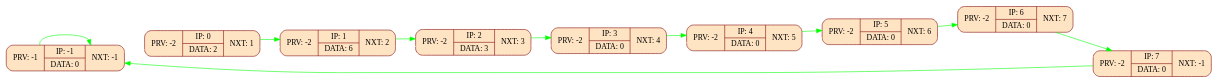
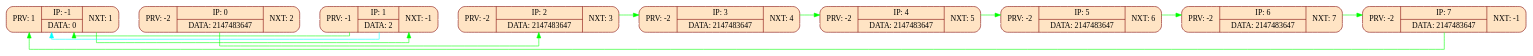
The diagram in log.dot (IBIBENDUM/List), drawn with Graphviz before and after one commit. The commit also changed 13 other files, not shown here.

```diff
--- a/log.dot
+++ b/log.dot
@@ -1,24 +1,25 @@
 digraph G{
 rankdir = LR;
-bgcolor = "#FFFFFF";
--1 [shape = Mrecord, style = filled, fillcolor = "#FFE4C4", color = "#800000", label = "{PRV: -1|{IP: -1|DATA: 0} |NXT: -1}"];
-0 [shape = Mrecord, style = filled, fillcolor = "#FFE4C4", color = "#800000", label = "{PRV: -2|{IP: 0|DATA: 2} |NXT: 1}"];
-1 [shape = Mrecord, style = filled, fillcolor = "#FFE4C4", color = "#800000", label = "{PRV: -2|{IP: 1|DATA: 6} |NXT: 2}"];
-2 [shape = Mrecord, style = filled, fillcolor = "#FFE4C4", color = "#800000", label = "{PRV: -2|{IP: 2|DATA: 3} |NXT: 3}"];
-3 [shape = Mrecord, style = filled, fillcolor = "#FFE4C4", color = "#800000", label = "{PRV: -2|{IP: 3|DATA: 0} |NXT: 4}"];
-4 [shape = Mrecord, style = filled, fillcolor = "#FFE4C4", color = "#800000", label = "{PRV: -2|{IP: 4|DATA: 0} |NXT: 5}"];
-5 [shape = Mrecord, style = filled, fillcolor = "#FFE4C4", color = "#800000", label = "{PRV: -2|{IP: 5|DATA: 0} |NXT: 6}"];
-6 [shape = Mrecord, style = filled, fillcolor = "#FFE4C4", color = "#800000", label = "{PRV: -2|{IP: 6|DATA: 0} |NXT: 7}"];
-7 [shape = Mrecord, style = filled, fillcolor = "#FFE4C4", color = "#800000", label = "{PRV: -2|{IP: 7|DATA: 0} |NXT: -1}"];
--1 -> 0 -> 1 -> 2 -> 3 -> 4 -> 5 -> 7 [color = "#FFFFFF", weight = 0]
--1 -> -1 [color = "#00FF00", weight = 0]
-0 -> 1 [color = "#00FF00", weight = 0]
-1 -> 2 [color = "#00FF00", weight = 0]
+graph [splines=ortho];bgcolor = "#FFFFFF";
+-1 [shape = Mrecord, style = filled, fillcolor = "#FFE4C4", color = "#800000", label = "{PRV: 1|{IP: -1|DATA: 0} |NXT: 1}"];
+0 [shape = Mrecord, style = filled, fillcolor = "#FFE4C4", color = "#800000", label = "{PRV: -2|{IP: 0|DATA: 2147483647} |NXT: 2}"];
+1 [shape = Mrecord, style = filled, fillcolor = "#FFE4C4", color = "#800000", label = "{PRV: -1|{IP: 1|DATA: 2} |NXT: -1}"];
+2 [shape = Mrecord, style = filled, fillcolor = "#FFE4C4", color = "#800000", label = "{PRV: -2|{IP: 2|DATA: 2147483647} |NXT: 3}"];
+3 [shape = Mrecord, style = filled, fillcolor = "#FFE4C4", color = "#800000", label = "{PRV: -2|{IP: 3|DATA: 2147483647} |NXT: 4}"];
+4 [shape = Mrecord, style = filled, fillcolor = "#FFE4C4", color = "#800000", label = "{PRV: -2|{IP: 4|DATA: 2147483647} |NXT: 5}"];
+5 [shape = Mrecord, style = filled, fillcolor = "#FFE4C4", color = "#800000", label = "{PRV: -2|{IP: 5|DATA: 2147483647} |NXT: 6}"];
+6 [shape = Mrecord, style = filled, fillcolor = "#FFE4C4", color = "#800000", label = "{PRV: -2|{IP: 6|DATA: 2147483647} |NXT: 7}"];
+7 [shape = Mrecord, style = filled, fillcolor = "#FFE4C4", color = "#800000", label = "{PRV: -2|{IP: 7|DATA: 2147483647} |NXT: -1}"];
+-1 -> 0 -> 1 -> 2 -> 3 -> 4 -> 5 -> 6 -> 7 [color = "#FFFFFF", weight = 1000]
+-1 -> 1 [color = "#00FF00", weight = 0]
+0 -> 2 [color = "#00FF00", weight = 0]
+1 -> -1 [color = "#00FF00", weight = 0]
 2 -> 3 [color = "#00FF00", weight = 0]
 3 -> 4 [color = "#00FF00", weight = 0]
 4 -> 5 [color = "#00FF00", weight = 0]
 5 -> 6 [color = "#00FF00", weight = 0]
 6 -> 7 [color = "#00FF00", weight = 0]
 7 -> -1 [color = "#00FF00", weight = 0]
 
+1 -> -1 [color = "#00FFFF", weight = 0]
 }
```
